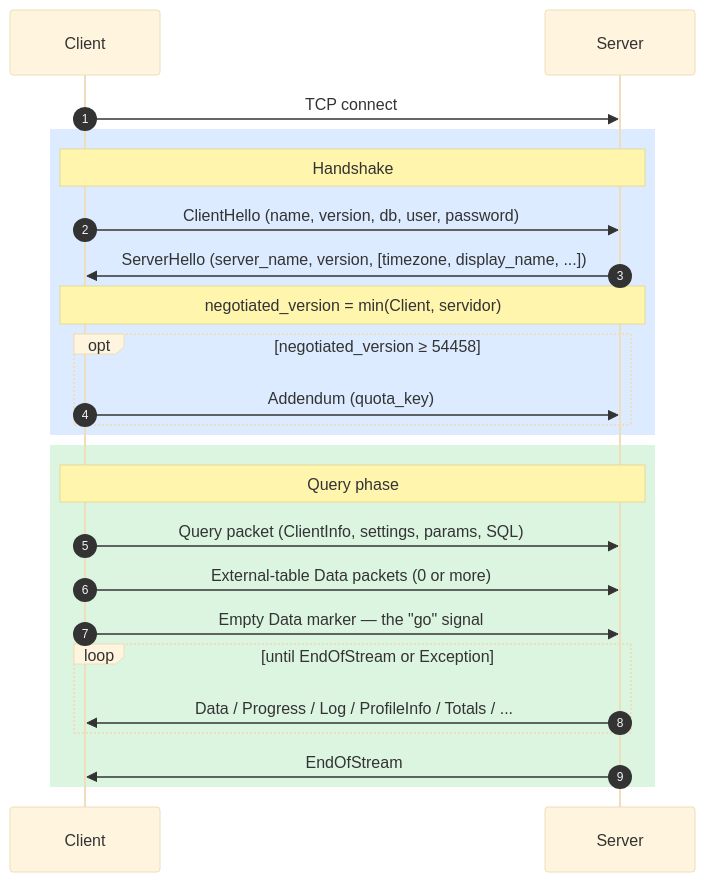
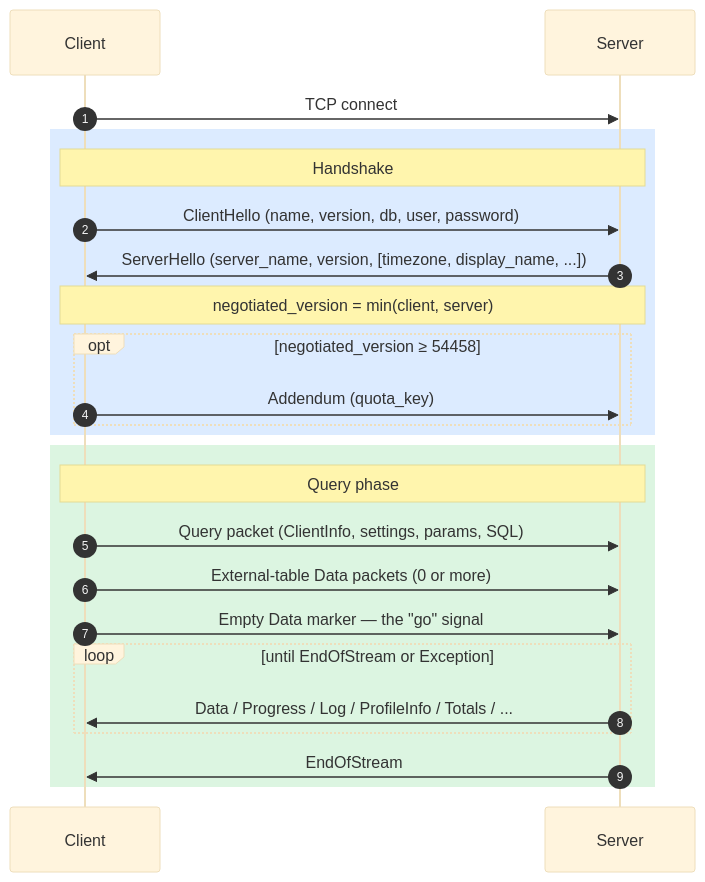
One commit to coderabbit-demo/clickhouse-demo changed the first of 7 diagrams in docs/es/resources/develop-contribute/native-protocol/protocol.mdx. Above: the diagram before and after it, drawn with Mermaid (base theme). The commit also changed other lines of this file and 20674 other files, not shown here.

````diff
--- a/docs/es/resources/develop-contribute/native-protocol/protocol.mdx
+++ b/docs/es/resources/develop-contribute/native-protocol/protocol.mdx
@@ -37,29 +37,29 @@
 ```mermaid
 sequenceDiagram
     autonumber
     participant C as Client
     participant S as Server
 
     C->>S: TCP connect
 
     rect rgb(220, 235, 255)
         Note over C,S: Handshake
         C->>S: ClientHello (name, version, db, user, password)
         S->>C: ServerHello (server_name, version, [timezone, display_name, ...])
-        Note over C,S: negotiated_version = min(Client, servidor)
+        Note over C,S: negotiated_version = min(client, server)
         opt negotiated_version ≥ 54458
             C->>S: Addendum (quota_key)
         end
     end
 
     rect rgb(220, 245, 225)
         Note over C,S: Query phase
         C->>S: Query packet (ClientInfo, settings, params, SQL)
         C->>S: External-table Data packets (0 or more)
         C->>S: Empty Data marker — the "go" signal
         loop until EndOfStream or Exception
             S->>C: Data / Progress / Log / ProfileInfo / Totals / ...
         end
         S->>C: EndOfStream
     end
 ```
````
